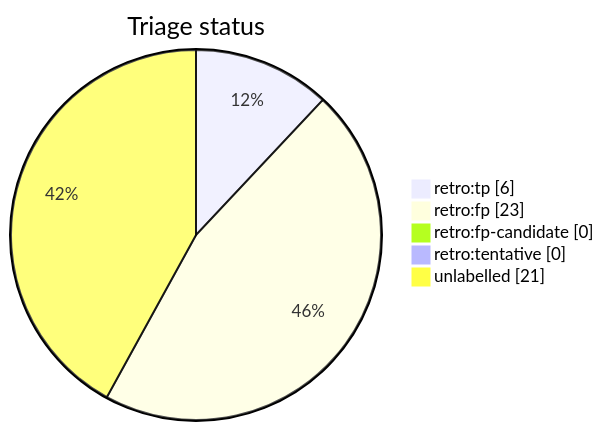
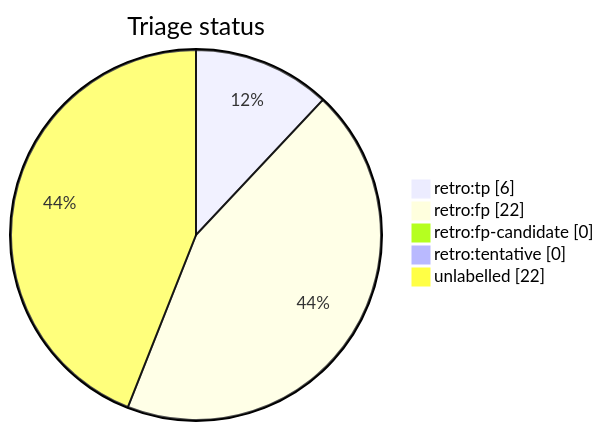
One commit to tvna/claude-md changed the diagram in docs/generated/scripts/auto-retro-triage-report.md. Above: the diagram before and after it, drawn with Mermaid. The commit also changed other lines of this file, not shown here.

First line of the commit message:
chore(auto-retro): refresh triage report

````diff
--- a/docs/generated/scripts/auto-retro-triage-report.md
+++ b/docs/generated/scripts/auto-retro-triage-report.md
@@ -15,9 +15,9 @@
 ```mermaid
 pie showData
     title Triage status
     "retro:tp" : 6
-    "retro:fp" : 23
+    "retro:fp" : 22
     "retro:fp-candidate" : 0
     "retro:tentative" : 0
-    "unlabelled" : 21
+    "unlabelled" : 22
 ```
````
